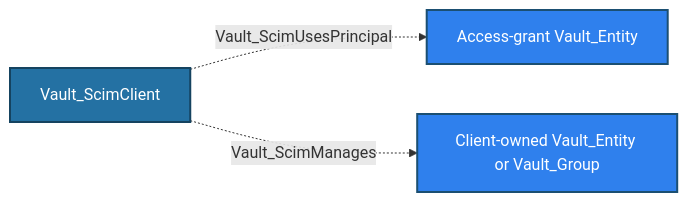
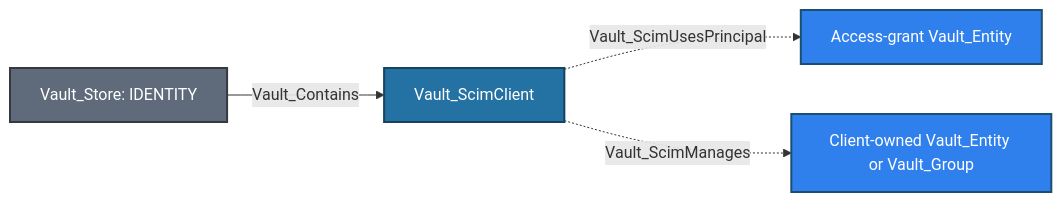
One commit to bytewreck/opengraph-vault changed diagram 11 of 13 in Documentation/stores/IDENTITY.md. Above: the diagram before and after it, drawn with Mermaid. The commit also changed other lines of this file and 6 other files, not shown here.

````diff
--- a/Documentation/stores/IDENTITY.md
+++ b/Documentation/stores/IDENTITY.md
@@ -604,9 +570,11 @@
 ```mermaid
 flowchart LR
-    client[Vault_ScimClient]:::scimNode -.->|Vault_ScimUsesPrincipal| principal[Access-grant Vault_Entity]:::entityNode
+    store[Vault_Store: IDENTITY]:::storeNode -->|Vault_Contains| client[Vault_ScimClient]:::scimNode
+    client -.->|Vault_ScimUsesPrincipal| principal[Access-grant Vault_Entity]:::entityNode
     client -.->|Vault_ScimManages| resource["Client-owned Vault_Entity or Vault_Group"]:::identityNode
 
+    classDef storeNode fill:#5F6B7A,color:#fff,stroke:#343A40,stroke-width:2px
     classDef scimNode fill:#2471A3,color:#fff,stroke:#154360,stroke-width:2px
     classDef entityNode fill:#2F80ED,color:#fff,stroke:#1B4F72,stroke-width:2px
     classDef identityNode fill:#2F80ED,color:#fff,stroke:#1B4F72,stroke-width:2px
 ```
````
